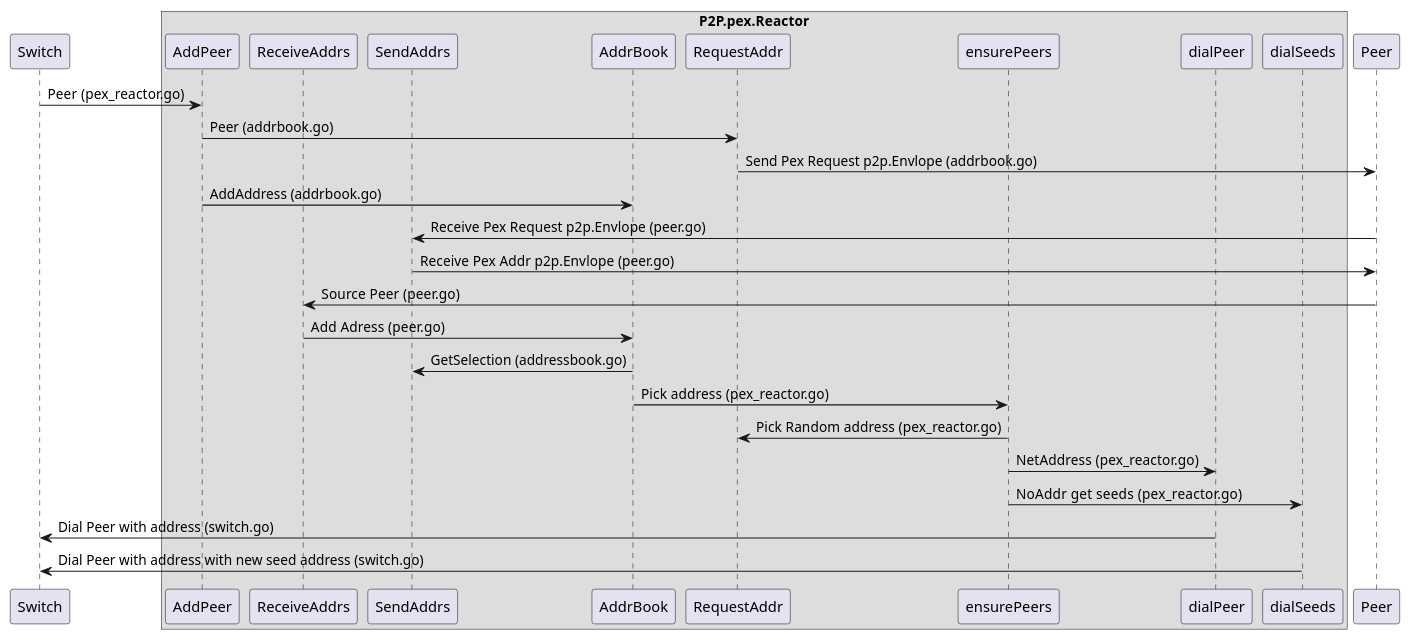
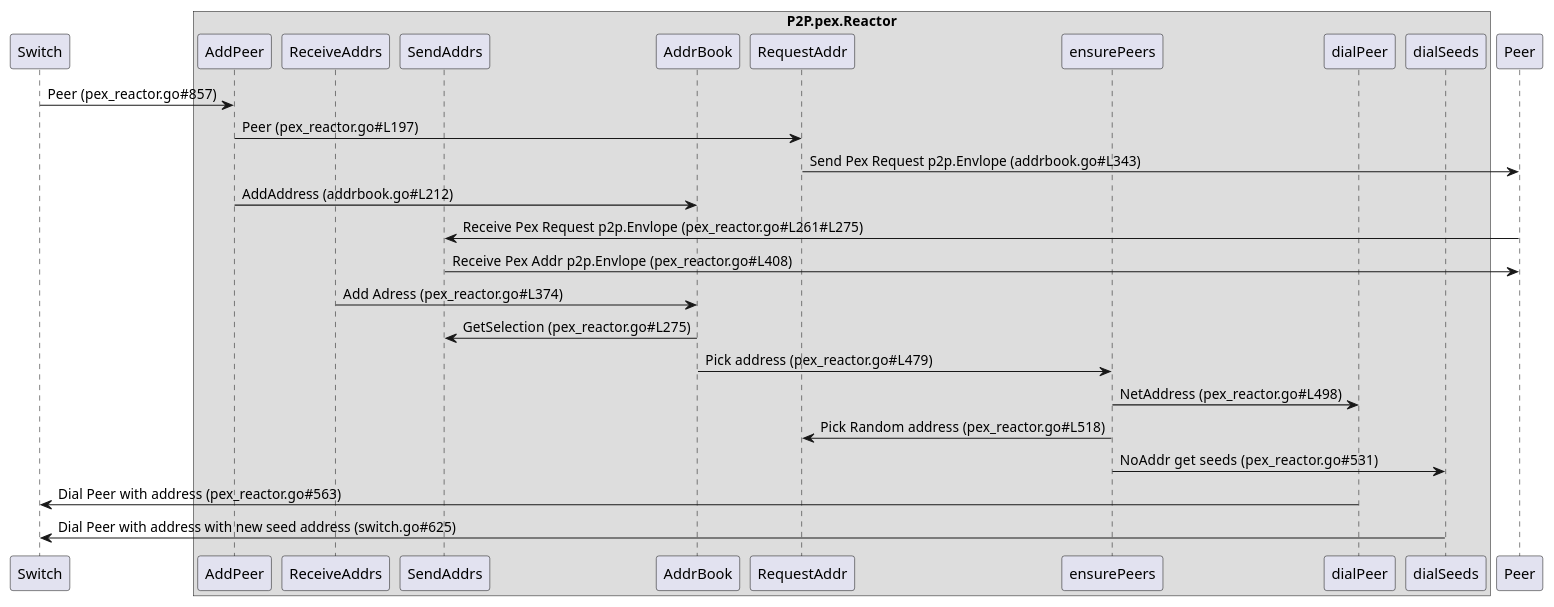
The diagram in p2p/diagrams/pex-reactor-sd.plantuml (TxCorpi0x/knowledge-base), drawn with PlantUML before and after one commit. The commit also changed 3 other files, not shown here.

Commit message:
feat(docs): sequence diagrams code line

```diff
--- a/p2p/diagrams/pex-reactor-sd.plantuml
+++ b/p2p/diagrams/pex-reactor-sd.plantuml
@@ -1,42 +1,38 @@
 @startuml
 
 participant "Switch" as SW
 
 
 box "P2P.pex.Reactor"
 participant "AddPeer" as AP
 participant "ReceiveAddrs" as RA
 participant "SendAddrs" as SA
 participant "AddrBook" as AB
 participant "RequestAddr" as RQA
 participant "ensurePeers" as EP
 participant "dialPeer" as DP
 participant "dialSeeds" as DS
 end box
 
 participant "Peer" as PR
 
+SW -> AP: Peer (pex_reactor.go#857)
+AP -> RQA: Peer (pex_reactor.go#L197)
+RQA -> PR: Send Pex Request p2p.Envlope (addrbook.go#L343)
+AP -> AB: AddAddress (addrbook.go#L212)
 
+PR -> SA: Receive Pex Request p2p.Envlope (pex_reactor.go#L261#L275)
+SA -> PR: Receive Pex Addr p2p.Envlope (pex_reactor.go#L408)
 
-SW -> AP: Peer (pex_reactor.go)
-AP -> RQA: Peer (addrbook.go)
-RQA -> PR: Send Pex Request p2p.Envlope (addrbook.go)
-AP -> AB: AddAddress (addrbook.go)
+RA -> AB: Add Adress (pex_reactor.go#L374)
+AB -> SA: GetSelection (pex_reactor.go#L275)
 
-PR -> SA: Receive Pex Request p2p.Envlope (peer.go)
-SA -> PR: Receive Pex Addr p2p.Envlope (peer.go)
-PR -> RA : Source Peer (peer.go)
+AB -> EP: Pick address (pex_reactor.go#L479)
+EP -> DP: NetAddress (pex_reactor.go#L498)
+EP -> RQA: Pick Random address (pex_reactor.go#L518)
+EP -> DS: NoAddr get seeds  (pex_reactor.go#531)
 
-RA -> AB: Add Adress (peer.go)
-AB -> SA: GetSelection (addressbook.go)
-
-AB -> EP: Pick address (pex_reactor.go)
-EP -> RQA: Pick Random address (pex_reactor.go)
-EP -> DP: NetAddress (pex_reactor.go)
-EP -> DS: NoAddr get seeds  (pex_reactor.go)
-
-DP -> SW: Dial Peer with address (switch.go)
-DS -> SW: Dial Peer with address with new seed address (switch.go)
-
+DP -> SW: Dial Peer with address (pex_reactor.go#563)
+DS -> SW: Dial Peer with address with new seed address (switch.go#625)
 
 @endtuml
```
